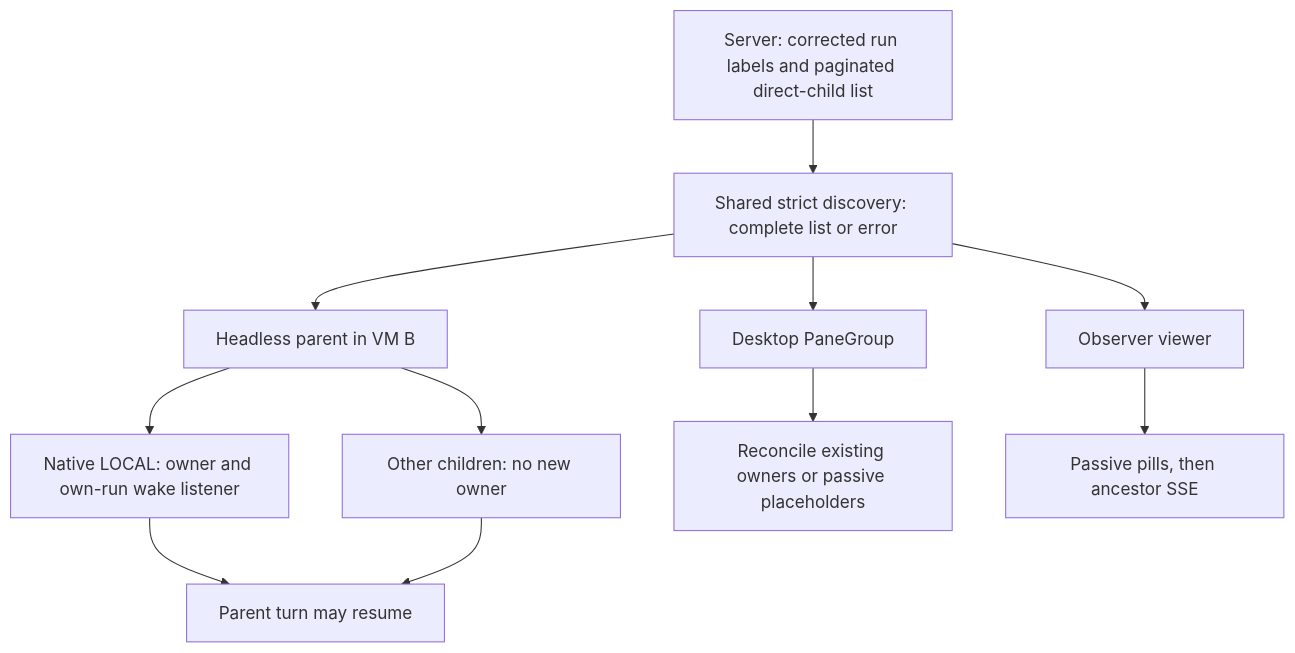
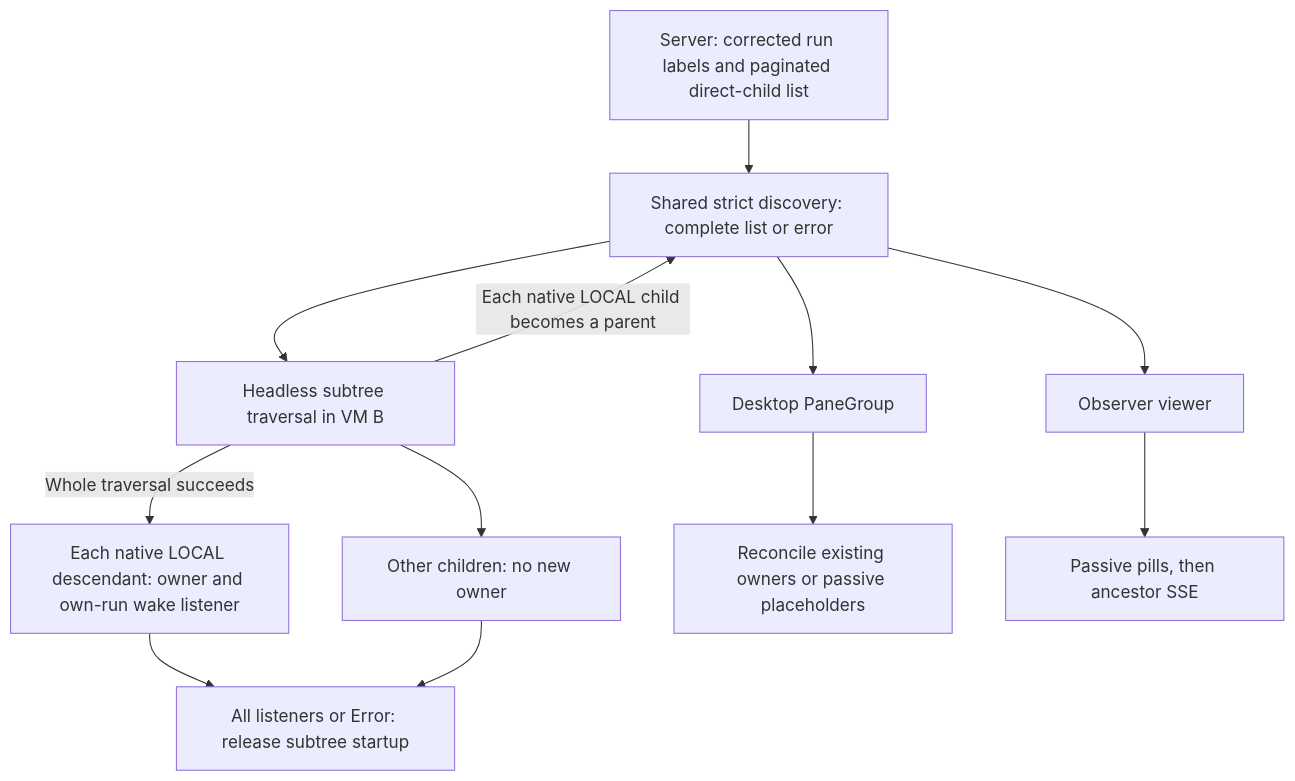
The first of 2 diagrams in specs/QUALITY-2186/TECH.md (Ga-3tan/warp), drawn with Mermaid before and after one commit. The commit also changed other lines of this file, not shown here.

Commit message:
Extend local child recovery spec to native-local subtrees

````diff
--- a/specs/QUALITY-2186/TECH.md
+++ b/specs/QUALITY-2186/TECH.md
@@ -26,13 +28,14 @@
 ```mermaid
 flowchart TD
     API["Server: corrected run labels and paginated direct-child list"] --> D["Shared strict discovery: complete list or error"]
-    D --> H["Headless parent in VM B"]
+    D --> H["Headless subtree traversal in VM B"]
+    H -->|"Each native LOCAL child becomes a parent"| D
     D --> G["Desktop PaneGroup"]
     D --> O["Observer viewer"]
-    H --> L["Native LOCAL: owner and own-run wake listener"]
+    H -->|"Whole traversal succeeds"| L["Each native LOCAL descendant: owner and own-run wake listener"]
     H --> R["Other children: no new owner"]
-    L --> P["Parent turn may resume"]
+    L --> P["All listeners or Error: release subtree startup"]
     R --> P
     G --> V["Reconcile existing owners or passive placeholders"]
     O --> S["Passive pills, then ancestor SSE"]
 ```
````
